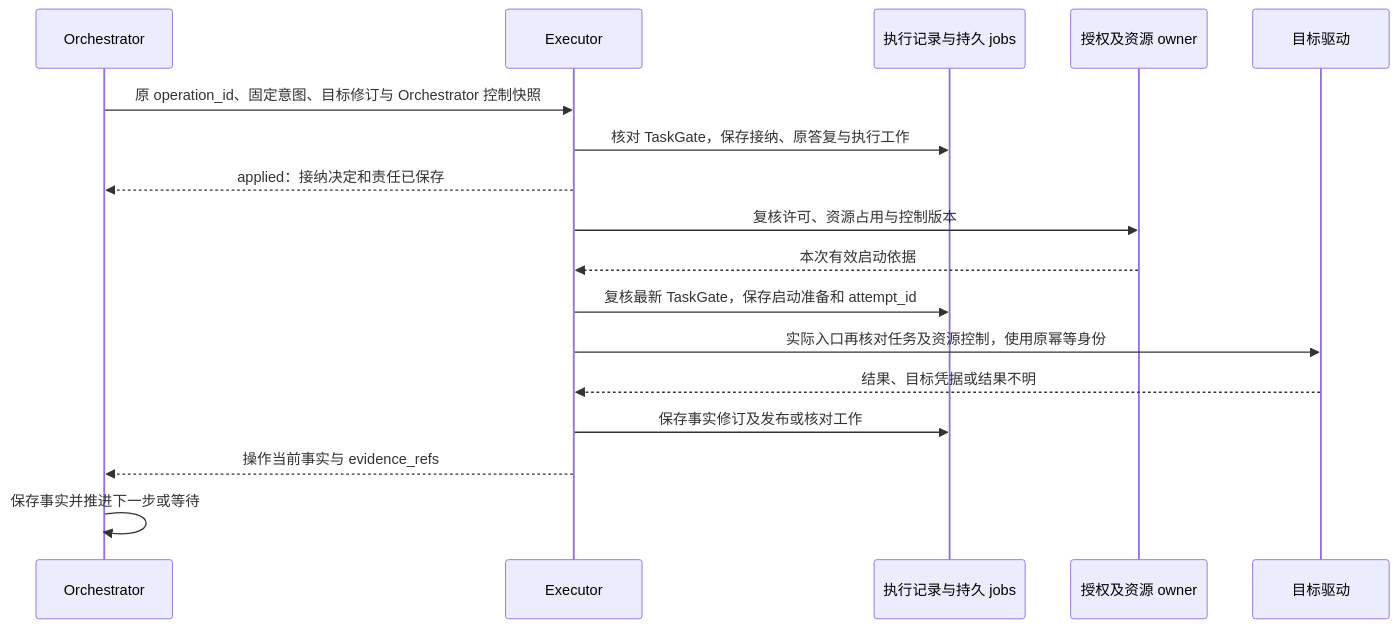
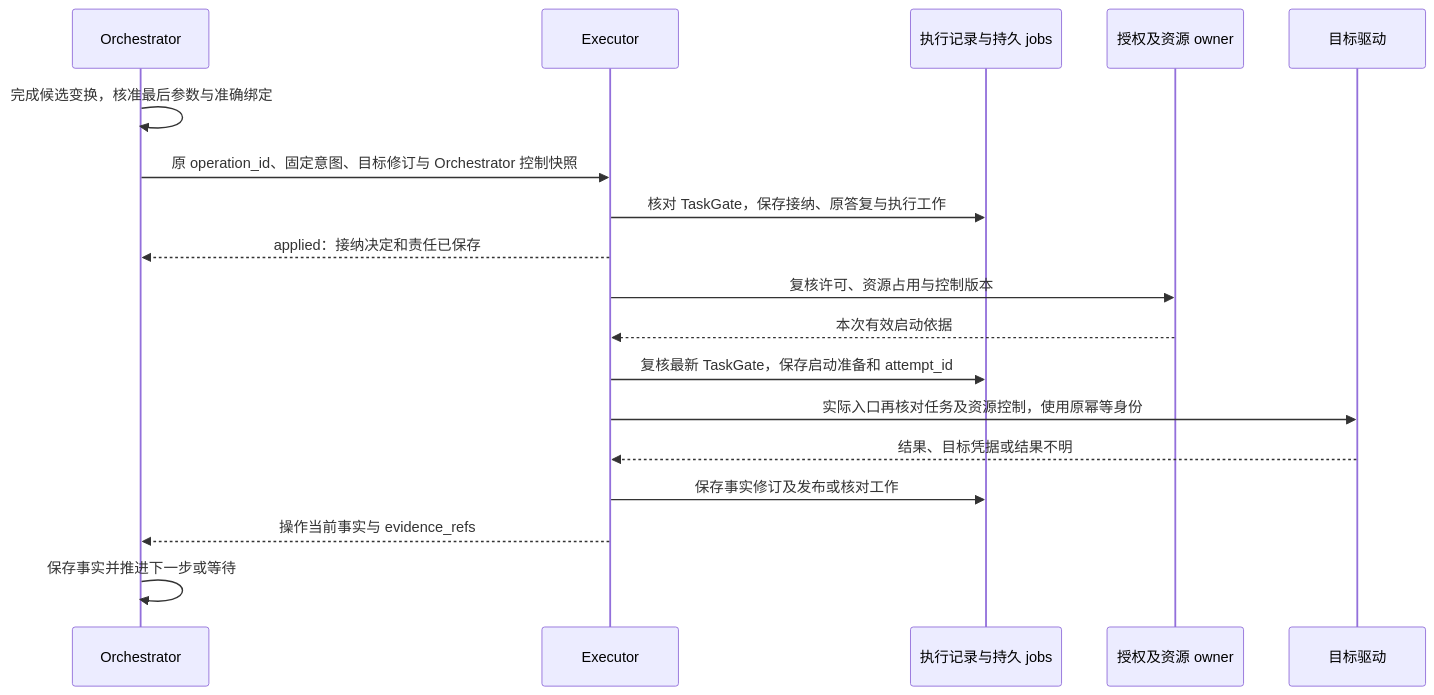
Before and after one commit to ruipengliu/lerna: the first of 3 diagrams in docs/architecture/.draft/execution/README.md, drawn with Mermaid. The commit also changed other lines of this file and 82 other files, not shown here.

Commit message:
docs: preserve architecture refresh and simplification spec baseline

````diff
--- a/docs/architecture/.draft/execution/README.md
+++ b/docs/architecture/.draft/execution/README.md
@@ -32,19 +34,20 @@
 ```mermaid
 sequenceDiagram
     participant H as Orchestrator
     participant E as Executor
     participant S as 执行记录与持久 jobs
     participant R as 授权及资源 owner
     participant D as 目标驱动
+    H->>H: 完成候选变换，核准最后参数与准确绑定
     H->>E: 原 operation_id、固定意图、目标修订与 Orchestrator 控制快照
     E->>S: 核对 TaskGate，保存接纳、原答复与执行工作
     E-->>H: applied：接纳决定和责任已保存
     E->>R: 复核许可、资源占用与控制版本
     R-->>E: 本次有效启动依据
     E->>S: 复核最新 TaskGate，保存启动准备和 attempt_id
     E->>D: 实际入口再核对任务及资源控制，使用原幂等身份
     D-->>E: 结果、目标凭据或结果不明
     E->>S: 保存事实修订及发布或核对工作
     E-->>H: 操作当前事实与 evidence_refs
     H->>H: 保存事实并推进下一步或等待
 ```
````
